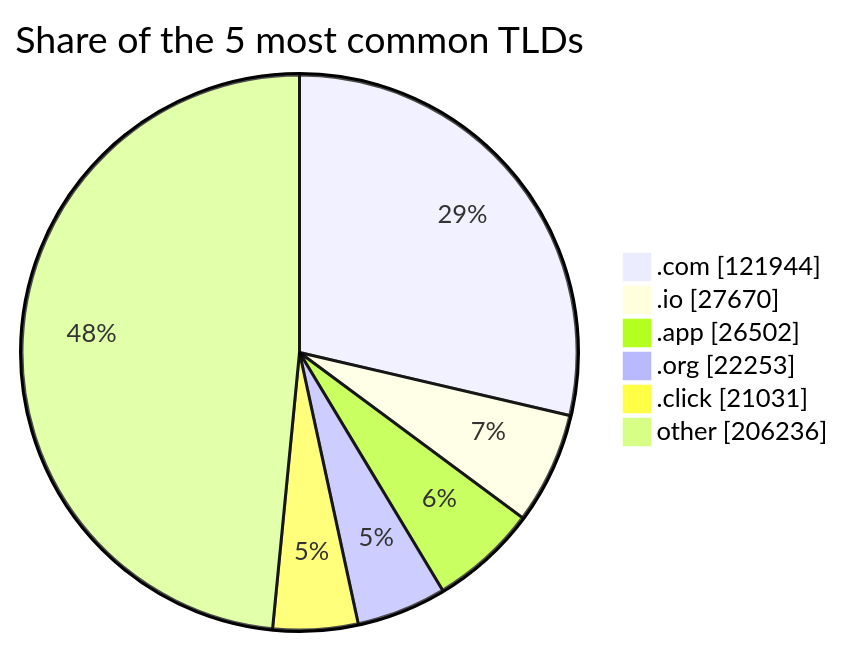
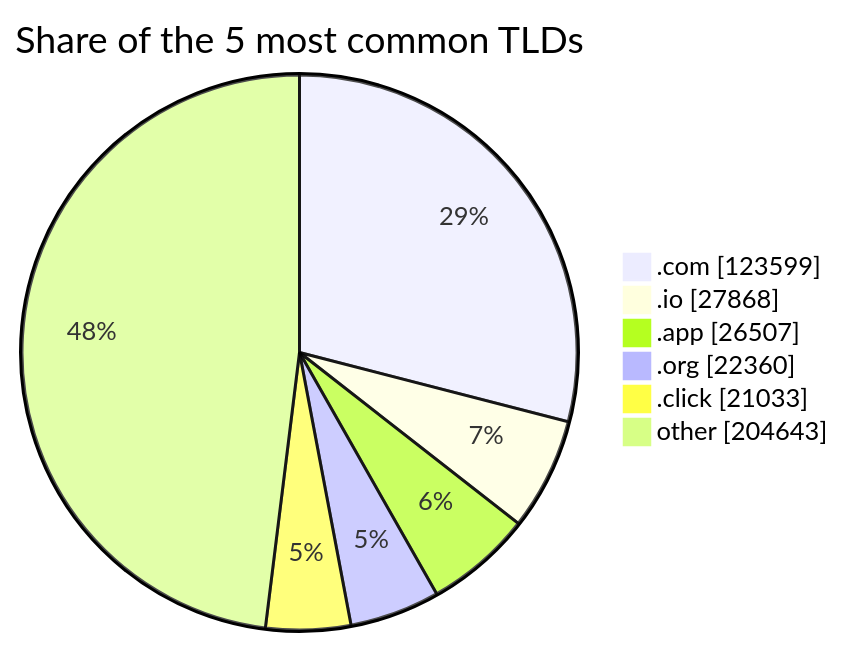
One commit to DNSBunker/CTI changed the third of 3 diagrams in README.md. Above: the diagram before and after it, drawn with Mermaid. The commit also changed other lines of this file and 3 other files, not shown here.

````diff
--- a/README.md
+++ b/README.md
@@ -81,9 +81,9 @@
 ```mermaid
 pie showData title Share of the 5 most common TLDs
-    ".com" : 121944
-    ".io" : 27670
-    ".app" : 26502
-    ".org" : 22253
-    ".click" : 21031
-    "other" : 206236
+    ".com" : 123599
+    ".io" : 27868
+    ".app" : 26507
+    ".org" : 22360
+    ".click" : 21033
+    "other" : 204643
 ```
````
